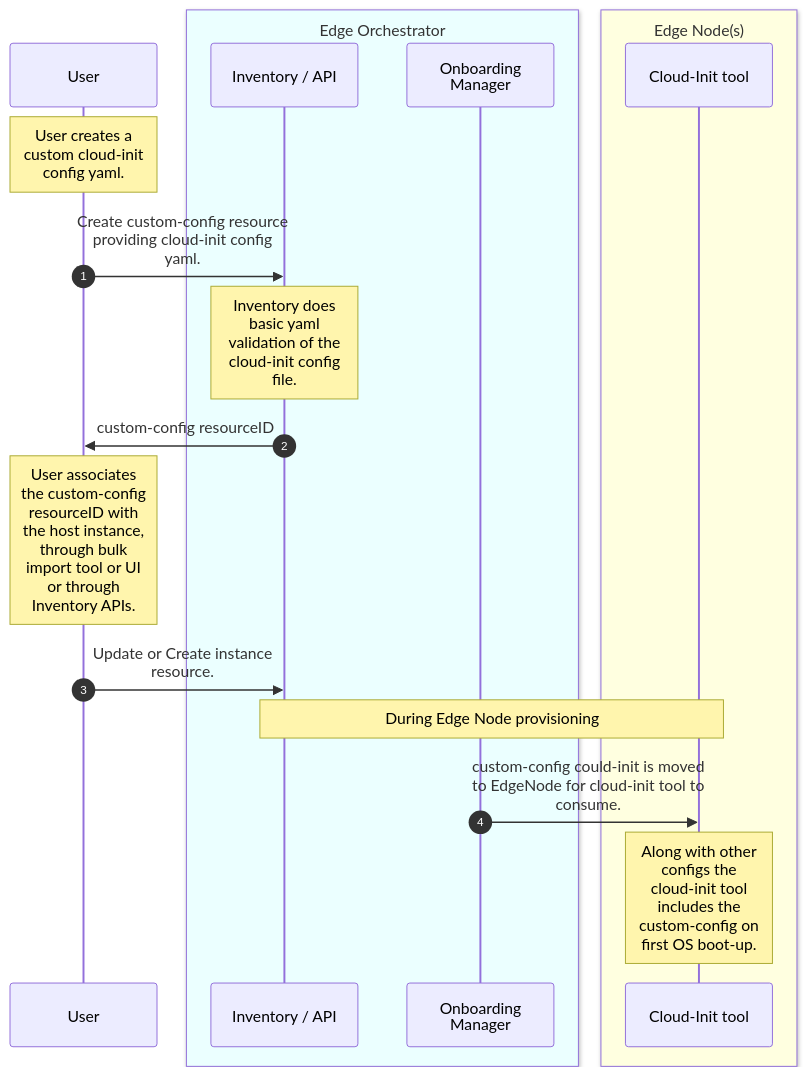
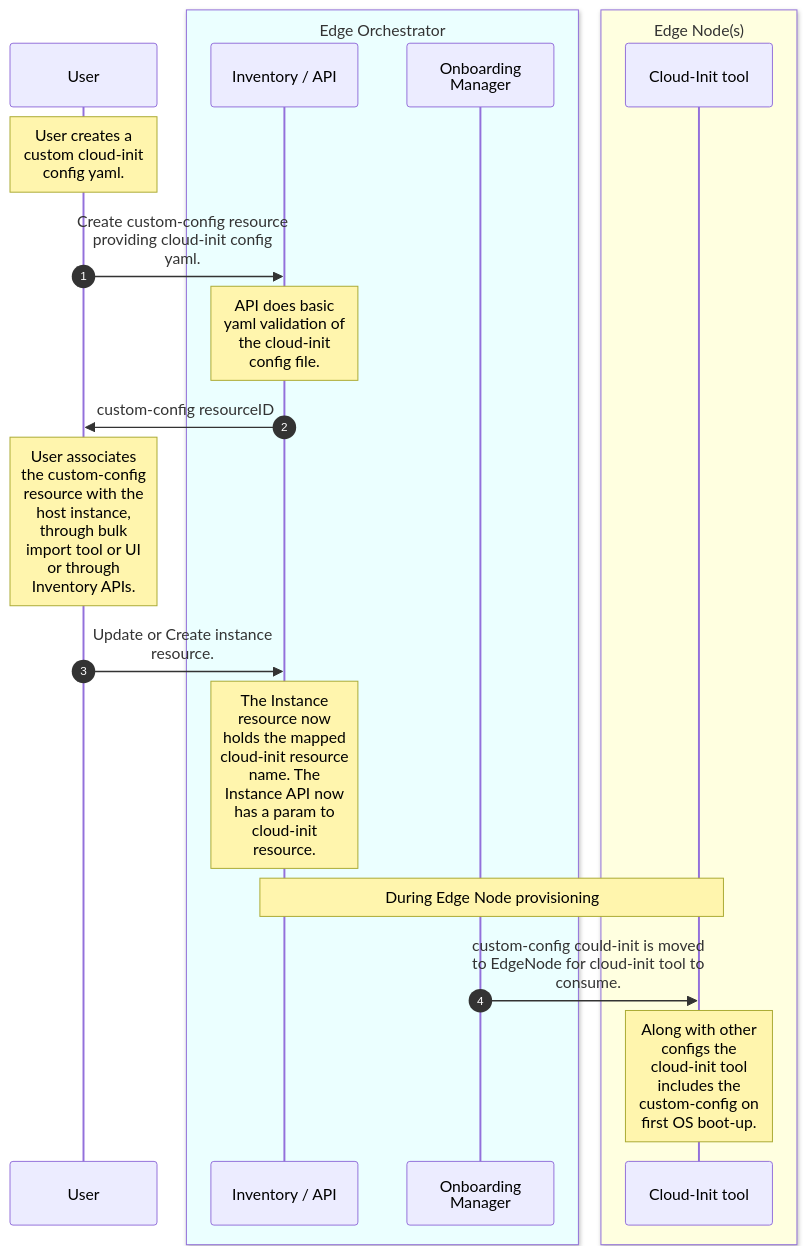
One commit to open-edge-platform/edge-manageability-framework changed the diagram in design-proposals/design-proposal-custom-config.md. Above: the diagram before and after it, drawn with Mermaid. The commit also changed other lines of this file, not shown here.

Commit message:
design proposal of custom config

````diff
--- a/design-proposals/design-proposal-custom-config.md
+++ b/design-proposals/design-proposal-custom-config.md
@@ -21,30 +21,31 @@
 ```mermaid
 sequenceDiagram
 %%{wrap}%%
 autonumber
   participant user as User
   box rgb(235,255,255) Edge Orchestrator
 
   participant inv as Inventory / API
   participant om as Onboarding Manager
   end
   
   note over user : User creates a custom cloud-init config yaml.
 
   user ->> inv : Create custom-config resource providing cloud-init config yaml.
-  note over inv : Inventory does basic yaml validation of the cloud-init config file.
+  note over inv : API does basic yaml validation of the cloud-init config file.
   inv ->> user : custom-config resourceID 
 
-  note over user : User associates the custom-config resourceID with the host instance, through bulk import tool or UI or through Inventory APIs.
+  note over user : User associates the custom-config resource with the host instance, through bulk import tool or UI or through Inventory APIs.  
   user ->> inv : Update or Create instance resource. 
+  note over inv : The Instance resource now holds the mapped cloud-init resource name. The Instance API now has a param to  cloud-init resource.
 
   box LightYellow Edge Node(s)
   participant ctl as Cloud-Init tool
   end
 
   note over inv, ctl : During Edge Node provisioning
   om ->> ctl : custom-config could-init is moved to EdgeNode for cloud-init tool to consume.
 
   note over ctl : Along with other configs the cloud-init tool includes the custom-config on first OS boot-up.
 
 ```
````
